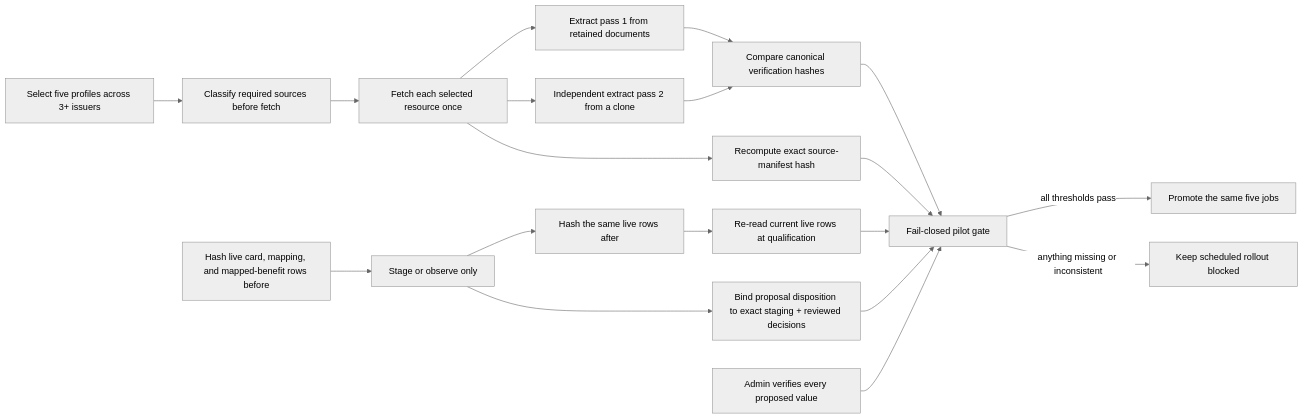
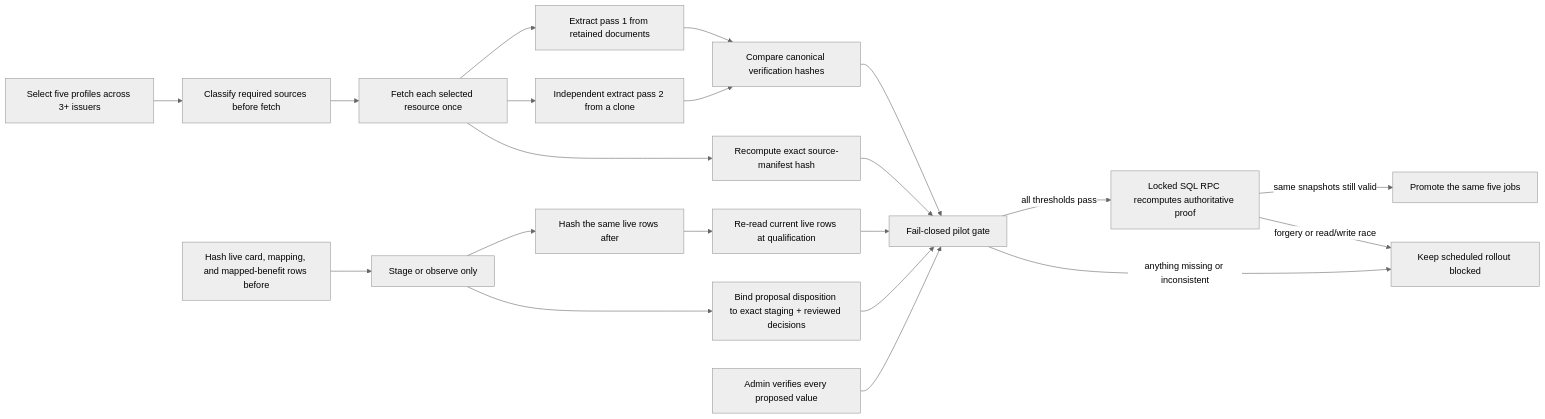
One commit to shantanuchandra/cardcompass changed the first of 4 diagrams in docs/architecture/card-ingestion-modernization-review.md. Above: the diagram before and after it, drawn with Mermaid (neutral theme). The commit also changed other lines of this file and 10 other files, not shown here.

````diff
--- a/docs/architecture/card-ingestion-modernization-review.md
+++ b/docs/architecture/card-ingestion-modernization-review.md
@@ -255,21 +256,23 @@
 ```mermaid
 flowchart LR
     S["Select five profiles across 3+ issuers"] --> D["Classify required sources before fetch"]
     D --> F["Fetch each selected resource once"]
     F --> R1["Extract pass 1 from retained documents"]
     F --> R2["Independent extract pass 2 from a clone"]
     R1 --> H["Compare canonical verification hashes"]
     R2 --> H
     F --> M["Recompute exact source-manifest hash"]
     B["Hash live card, mapping, and mapped-benefit rows before"] --> P["Stage or observe only"]
     P --> A["Hash the same live rows after"]
     A --> C["Re-read current live rows at qualification"]
     P --> T["Bind proposal disposition to exact staging + reviewed decisions"]
     H --> G["Fail-closed pilot gate"]
     M --> G
     C --> G
     T --> G
     V["Admin verifies every proposed value"] --> G
-    G -->|"all thresholds pass"| O["Promote the same five jobs"]
+    G -->|"all thresholds pass"| Q["Locked SQL RPC recomputes authoritative proof"]
+    Q -->|"same snapshots still valid"| O["Promote the same five jobs"]
+    Q -->|"forgery or read/write race"| X
     G -->|"anything missing or inconsistent"| X["Keep scheduled rollout blocked"]
 ```
````
